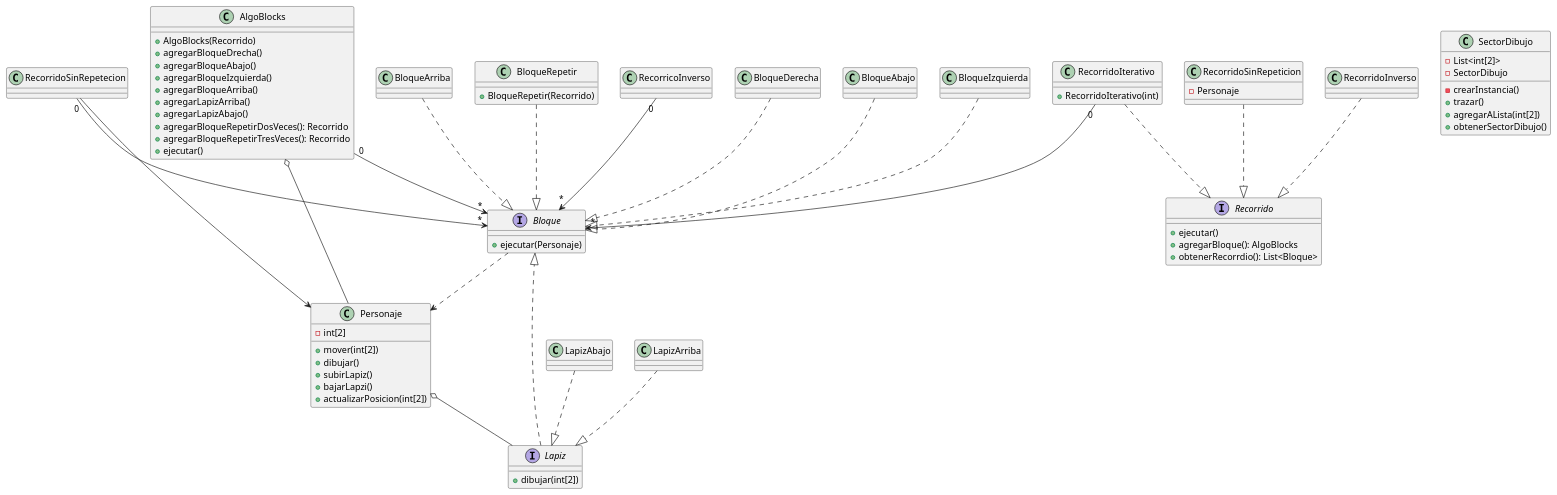
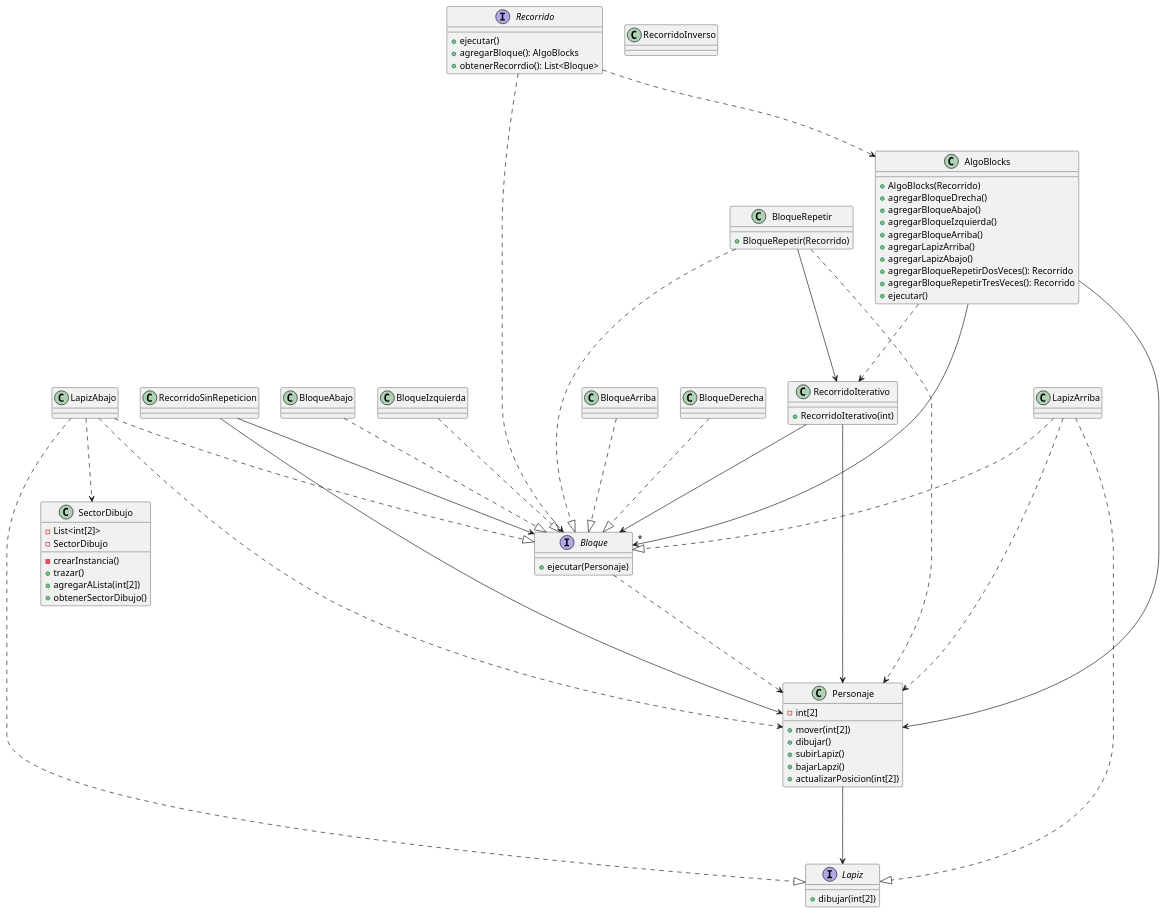
The diagram in TP2 UML.puml (trinibucc/TP2-AlgoBlocks), drawn with PlantUML before and after one commit. The commit also changed 10 other files, not shown here.

Commit message:
Actualizacion de diagrama UML. Correcion de errores en AlgoBlocksTest.

```diff
--- a/TP2 UML.puml
+++ b/TP2 UML.puml
@@ -1,94 +1,98 @@
 @startuml
 class AlgoBlocks{
     + AlgoBlocks(Recorrido)
     + agregarBloqueDrecha()
     + agregarBloqueAbajo()
     + agregarBloqueIzquierda()
     + agregarBloqueArriba()
     + agregarLapizArriba()
     + agregarLapizAbajo()
     + agregarBloqueRepetirDosVeces(): Recorrido
     + agregarBloqueRepetirTresVeces(): Recorrido
     + ejecutar()
 }
 
 interface Bloque{
     + ejecutar(Personaje)
 }
 
 interface Lapiz{
     + dibujar(int[2])
 }
 
 interface Recorrido{
     + ejecutar()
     + agregarBloque(): AlgoBlocks
     + obtenerRecorrdio(): List<Bloque>
 }
 
 class BloqueDerecha{}
 
 class BloqueAbajo{}
 
 class BloqueIzquierda{}
 
 class BloqueArriba{}
 
 class LapizAbajo{}
 
 class LapizArriba{}
 
 class BloqueRepetir{
     + BloqueRepetir(Recorrido)
 }
 
 class RecorridoInverso{
 }
 
 class RecorridoIterativo{
     + RecorridoIterativo(int)
 }
 
 class RecorridoSinRepeticion{
-    - Personaje
 }
 
 class Personaje{
     - int[2]
     + mover(int[2])
     + dibujar()
     + subirLapiz()
     + bajarLapzi()
     + actualizarPosicion(int[2])
 }
 
 class SectorDibujo{
     - List<int[2]>
     - SectorDibujo
     - crearInstancia()
     + trazar()
     + agregarALista(int[2])
     + obtenerSectorDibujo()
 }
 
-
-AlgoBlocks "0"-->"*" Bloque
-AlgoBlocks o-- Personaje
-Personaje o-- Lapiz
-RecorridoInverso ..|> Recorrido
-RecorricoInverso "0"-->"*" Bloque
-RecorridoIterativo ..|> Recorrido
-RecorridoIterativo "0"-->"*" Bloque
-RecorridoSinRepeticion ..|> Recorrido
-RecorridoSinRepetecion --> Personaje
-RecorridoSinRepetecion "0"-->"*" Bloque
-Bloque ..> Personaje
-Lapiz ..|> Bloque
-BloqueDerecha ..|> Bloque
-BloqueAbajo ..|> Bloque
-BloqueIzquierda ..|> Bloque
-BloqueArriba ..|> Bloque
-BloqueRepetir ..|> Bloque
-LapizAbajo ..|> Lapiz
-LapizArriba ..|> Lapiz
+AlgoBlocks ---> Personaje
+AlgoBlocks ---> "*" Bloque
+AlgoBlocks ...> RecorridoIterativo
+BloqueDerecha ...|> Bloque
+BloqueAbajo ...|> Bloque
+BloqueIzquierda ...|> Bloque
+BloqueArriba ...|> Bloque
+BloqueRepetir ...|> Bloque
+BloqueRepetir ---> RecorridoIterativo
+BloqueRepetir ...> Personaje
+Bloque ...> Personaje
+LapizAbajo ...|> Lapiz
+LapizAbajo ...|> Bloque
+LapizAbajo ...> Personaje
+LapizAbajo ...> SectorDibujo
+LapizArriba ...|> Lapiz
+LapizArriba ...|> Bloque
+LapizArriba ...> Personaje
+Personaje ---> Lapiz
+Recorrido ...> AlgoBlocks
+Recorrido ...> Bloque
+RecorridoIterativo ---> Bloque
+RecorridoIterativo ---> Personaje
+RecorridoSinRepeticion ---> Bloque
+RecorridoSinRepeticion ---> Personaje
 @enduml
```
